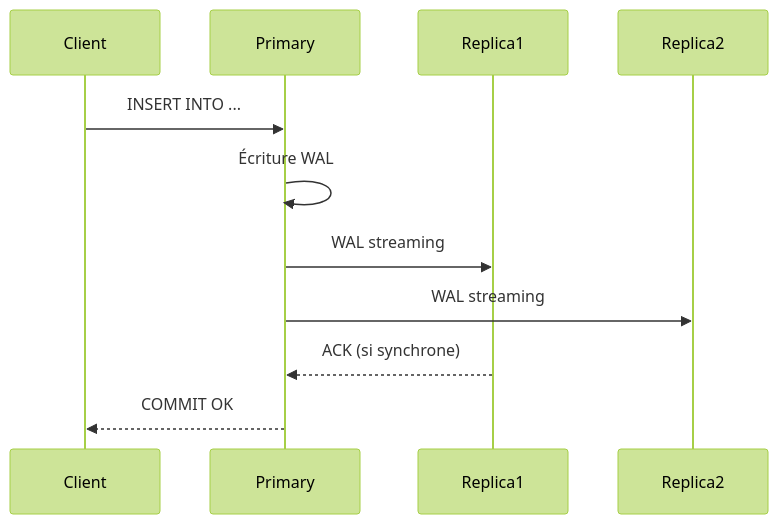
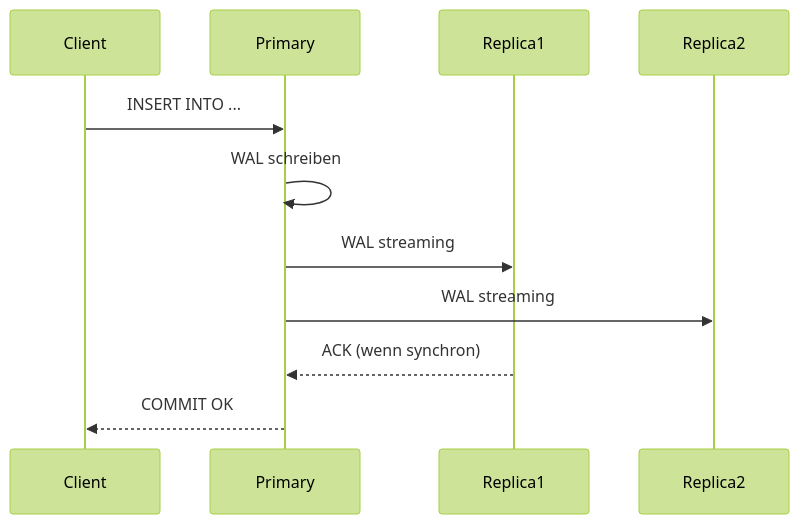
Before and after one commit to HidoraSwiss/hikube-public-doc: the second of 2 diagrams in i18n/de/docusaurus-plugin-content-docs/current/services/databases/postgresql/concepts.md, drawn with Mermaid (forest theme). The commit also changed other lines of this file and 121 other files, not shown here.

````diff
--- a/i18n/de/docusaurus-plugin-content-docs/current/services/databases/postgresql/concepts.md
+++ b/i18n/de/docusaurus-plugin-content-docs/current/services/databases/postgresql/concepts.md
@@ -81,14 +81,14 @@
 ```mermaid
 sequenceDiagram
     participant Client
     participant Primary
     participant Replica1
     participant Replica2
 
     Client->>Primary: INSERT INTO ...
-    Primary->>Primary: Écriture WAL
+    Primary->>Primary: WAL schreiben
     Primary->>Replica1: WAL streaming
     Primary->>Replica2: WAL streaming
-    Replica1-->>Primary: ACK (si synchrone)
+    Replica1-->>Primary: ACK (wenn synchron)
     Primary-->>Client: COMMIT OK
 ```
````
